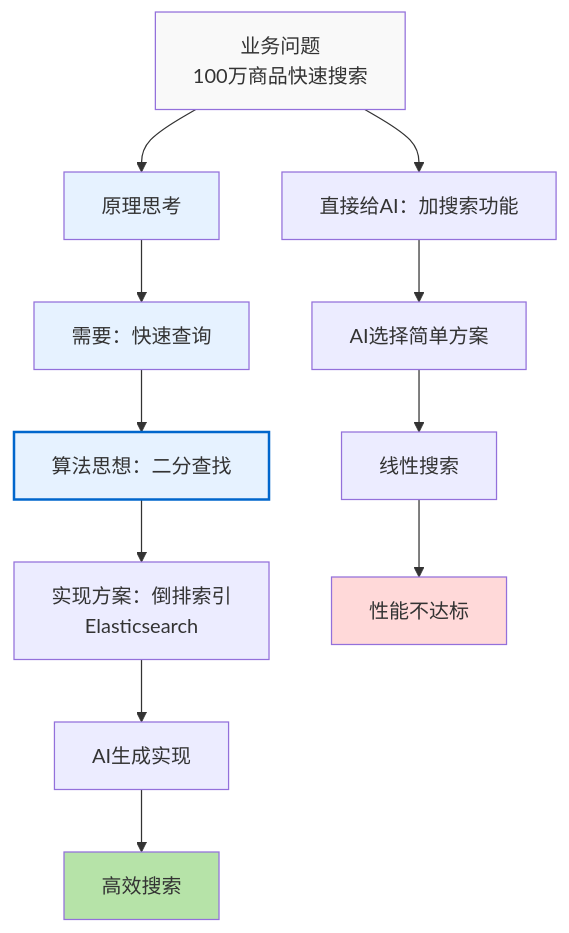
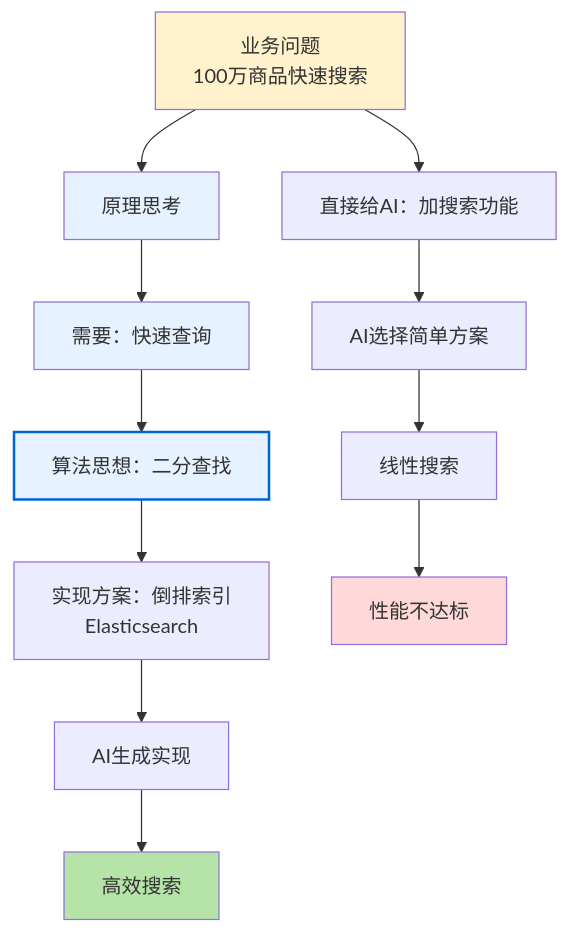
One commit to microwind/algorithms changed the fourth of 10 diagrams in start-here/Why-Programmers-35-Plus-Are-Thriving-in-AI-Era.md. Above: the diagram before and after it, drawn with Mermaid. The commit also changed other lines of this file and 1 other file, not shown here.

````diff
--- a/start-here/Why-Programmers-35-Plus-Are-Thriving-in-AI-Era.md
+++ b/start-here/Why-Programmers-35-Plus-Are-Thriving-in-AI-Era.md
@@ -161,22 +173,22 @@
 ```mermaid
 graph TD
     A["业务问题<br/>100万商品快速搜索"] --> B["原理思考"]
     B --> B1["需要：快速查询"]
     B1 --> B2["算法思想：二分查找"]
     B2 --> B3["实现方案：倒排索引<br/>Elasticsearch"]
 
     B3 --> C["AI生成实现"]
     C --> D["高效搜索"]
 
     A --> E["直接给AI：加搜索功能"]
     E --> F["AI选择简单方案"]
     F --> G["线性搜索"]
     G --> H["性能不达标"]
 
-    style A fill:#f9f9f9
+    style A fill:#FFF2CC
     style B fill:#e6f2ff
     style B1 fill:#e6f2ff
     style B2 fill:#e6f2ff,stroke:#0066cc,stroke-width:2px
     style D fill:#b6e3a8
     style H fill:#ffd9d9
 ```
````
